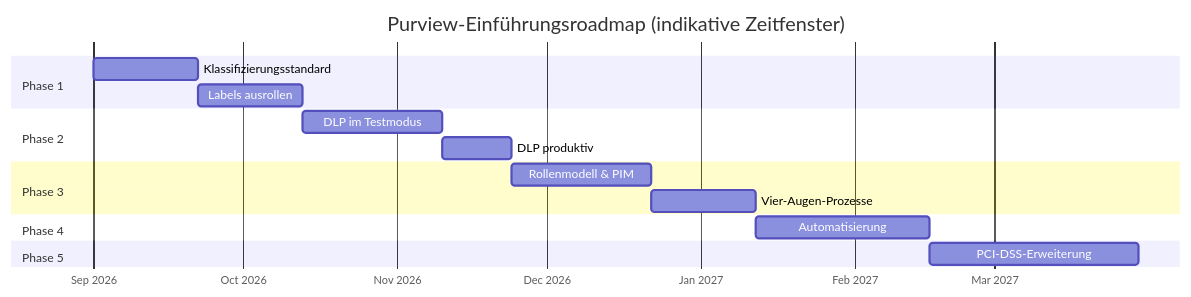
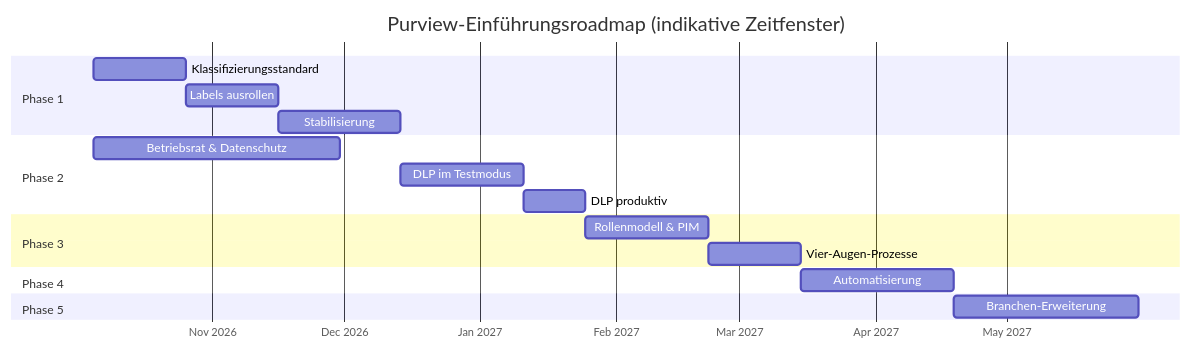
Before and after one commit to WeissiEfficiency/Purview: the ninth of 10 diagrams in Roadmap/Visualisierungen.md, drawn with Mermaid. The commit also changed other lines of this file and 22 other files, not shown here.

````diff
--- a/Roadmap/Visualisierungen.md
+++ b/Roadmap/Visualisierungen.md
@@ -166,24 +194,26 @@
 ```mermaid
 gantt
     dateFormat  YYYY-MM-DD
     axisFormat  %b %Y
     title Purview-Einführungsroadmap (indikative Zeitfenster)
 
     section Phase 1
-    Klassifizierungsstandard      :p1a, 2026-09-01, 3w
+    Klassifizierungsstandard      :p1a, 2026-10-05, 3w
     Labels ausrollen              :p1b, after p1a, 3w
+    Stabilisierung                :p1c, after p1b, 4w
 
     section Phase 2
-    DLP im Testmodus              :p2a, after p1b, 4w
+    Betriebsrat & Datenschutz     :p2z, 2026-10-05, 8w
+    DLP im Testmodus              :p2a, after p1c, 4w
     DLP produktiv                 :p2b, after p2a, 2w
 
     section Phase 3
     Rollenmodell & PIM            :p3a, after p2b, 4w
     Vier-Augen-Prozesse           :p3b, after p3a, 3w
 
     section Phase 4
     Automatisierung               :p4a, after p3b, 5w
 
     section Phase 5
-    PCI-DSS-Erweiterung           :p5a, after p4a, 6w
+    Branchen-Erweiterung          :p5a, after p4a, 6w
 ```
````
